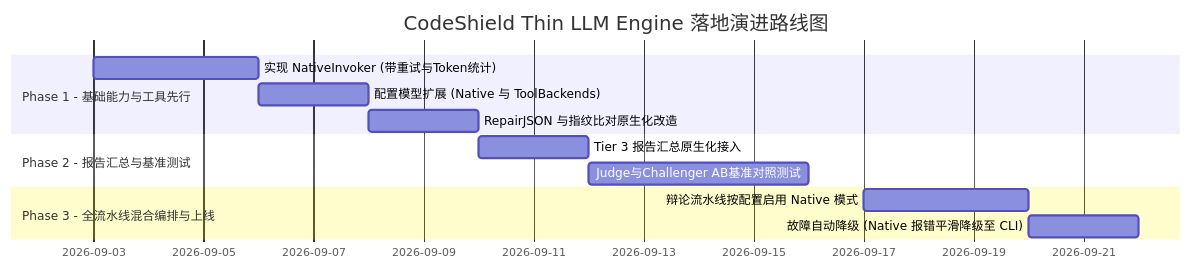
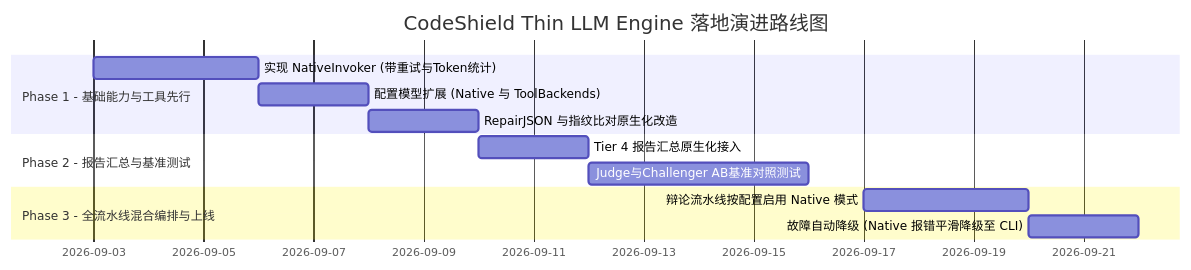
Before and after one commit to fugui/code-shield: the fifth of 6 diagrams in docs/02-architecture/02-scanner-engines/02-原生LLM轻量执行引擎与动静分离混合调用设计.md, drawn with Mermaid. The commit also changed other lines of this file and 6 other files, not shown here.

````diff
--- a/docs/02-architecture/02-scanner-engines/02-原生LLM轻量执行引擎与动静分离混合调用设计.md
+++ b/docs/02-architecture/02-scanner-engines/02-原生LLM轻量执行引擎与动静分离混合调用设计.md
@@ -632,15 +637,15 @@
 ```mermaid
 gantt
     title CodeShield Thin LLM Engine 落地演进路线图
     dateFormat  YYYY-MM-DD
     section Phase 1 - 基础能力与工具先行
     实现 NativeInvoker (带重试与Token统计)   :p1_1, 2026-09-03, 3d
     配置模型扩展 (Native 与 ToolBackends)  :p1_2, after p1_1, 2d
     RepairJSON 与指纹比对原生化改造        :p1_3, after p1_2, 2d
     section Phase 2 - 报告汇总与基准测试
-    Tier 3 报告汇总原生化接入              :p2_1, 2026-09-10, 2d
+    Tier 4 报告汇总原生化接入              :p2_1, 2026-09-10, 2d
     Judge与Challenger AB基准对照测试       :p2_2, after p2_1, 4d
     section Phase 3 - 全流水线混合编排与上线
     辩论流水线按配置启用 Native 模式       :p3_1, 2026-09-17, 3d
     故障自动降级 (Native 报错平滑降级至 CLI) :p3_2, after p3_1, 2d
 ```
````
